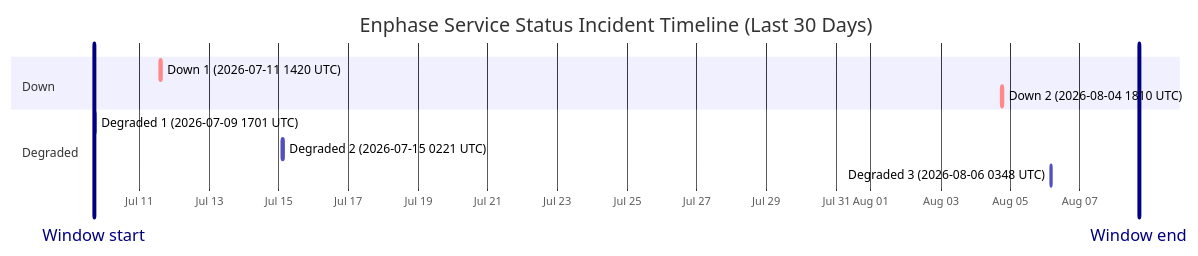
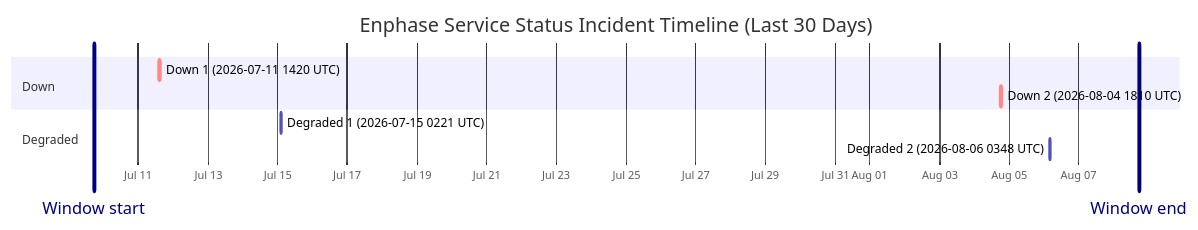
Before and after one commit to barneyonline/ha-enphase-energy: the diagram in wiki/Service-Status-History.md, drawn with Mermaid. The commit also changed other lines of this file and 3 other files, not shown here.

````diff
--- a/wiki/Service-Status-History.md
+++ b/wiki/Service-Status-History.md
@@ -14,15 +14,14 @@
 ```mermaid
 gantt
     title Enphase Service Status Incident Timeline (Last 30 Days)
     dateFormat  YYYY-MM-DDTHH:mm:ss
     axisFormat  %b %d
-    Window start :vert, window-start, 2026-07-09T16:33:10, 0ms
-    Window end :vert, window-end, 2026-08-08T16:33:10, 0ms
+    Window start :vert, window-start, 2026-07-09T17:28:06, 0ms
+    Window end :vert, window-end, 2026-08-08T17:28:06, 0ms
     section Down
     Down 1 (2026-07-11 1420 UTC) :crit, down-1, 2026-07-11T14:20:54, 69m
     Down 2 (2026-08-04 1810 UTC) :crit, down-2, 2026-08-04T18:10:46, 60m
     section Degraded
-    Degraded 1 (2026-07-09 1701 UTC) :active, degraded-1, 2026-07-09T17:01:02, 60m
-    Degraded 2 (2026-07-15 0221 UTC) :active, degraded-2, 2026-07-15T02:21:35, 60m
-    Degraded 3 (2026-08-06 0348 UTC) :active, degraded-3, 2026-08-06T03:48:14, 60m
+    Degraded 1 (2026-07-15 0221 UTC) :active, degraded-1, 2026-07-15T02:21:35, 60m
+    Degraded 2 (2026-08-06 0348 UTC) :active, degraded-2, 2026-08-06T03:48:14, 60m
 ```
````
